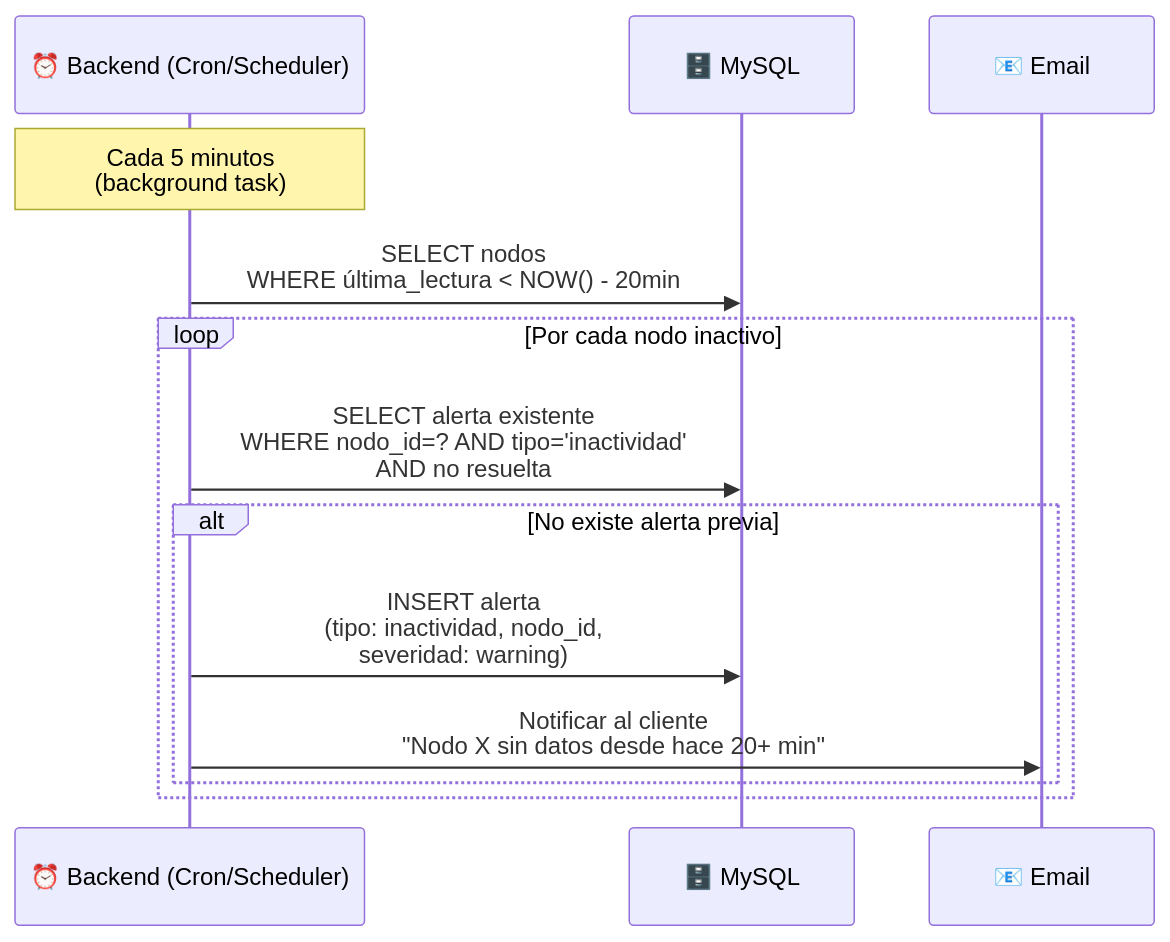
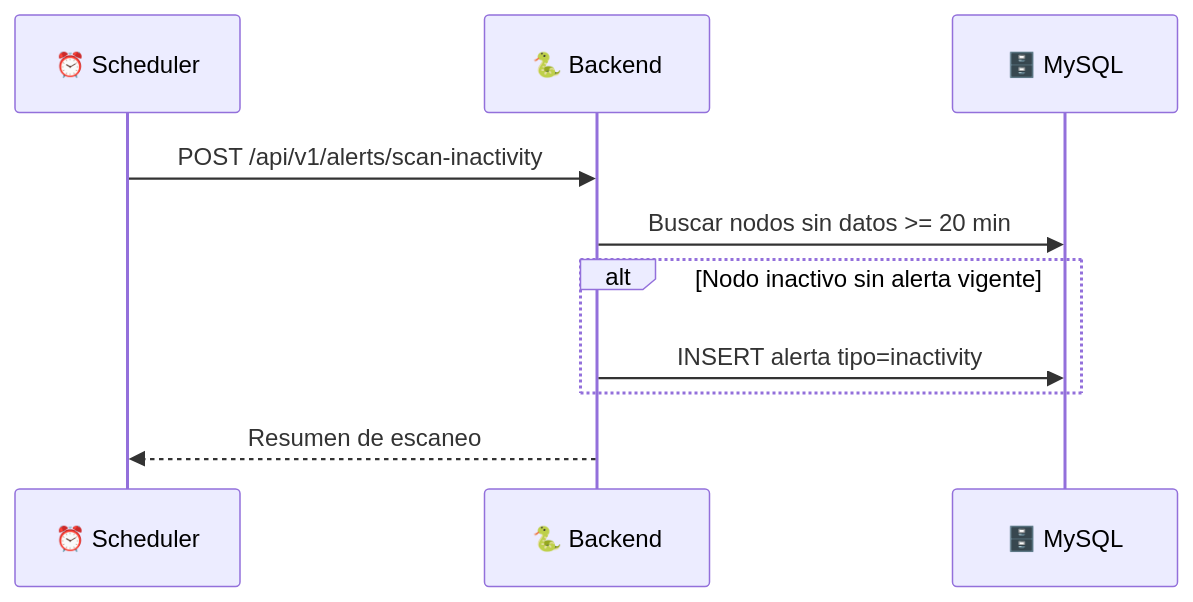
One commit to Alanzphy/IoT_Sensors changed the eighth of 8 diagrams in docs/arquitectura.md. Above: the diagram before and after it, drawn with Mermaid. The commit also changed other lines of this file and 42 other files, not shown here.

````diff
--- a/docs/arquitectura.md
+++ b/docs/arquitectura.md
@@ -570,19 +370,15 @@
 ```mermaid
 sequenceDiagram
-    participant CRON as ⏰ Backend (Cron/Scheduler)
+    participant SCH as ⏰ Scheduler
+    participant B as 🐍 Backend
     participant DB as 🗄️ MySQL
-    participant E as 📧 Email
 
-    Note over CRON: Cada 5 minutos<br/>(background task)
+    SCH->>B: POST /api/v1/alerts/scan-inactivity
+    B->>DB: Buscar nodos sin datos >= 20 min
 
-    CRON->>DB: SELECT nodos<br/>WHERE última_lectura < NOW() - 20min
+    alt Nodo inactivo sin alerta vigente
+        B->>DB: INSERT alerta tipo=inactivity
+    end
 
-    loop Por cada nodo inactivo
-        CRON->>DB: SELECT alerta existente<br/>WHERE nodo_id=? AND tipo='inactividad'<br/>AND no resuelta
-
-        alt No existe alerta previa
-            CRON->>DB: INSERT alerta<br/>(tipo: inactividad, nodo_id,<br/>severidad: warning)
-            CRON->>E: Notificar al cliente<br/>"Nodo X sin datos desde hace 20+ min"
-        end
-    end
+    B-->>SCH: Resumen de escaneo
 ```
````
